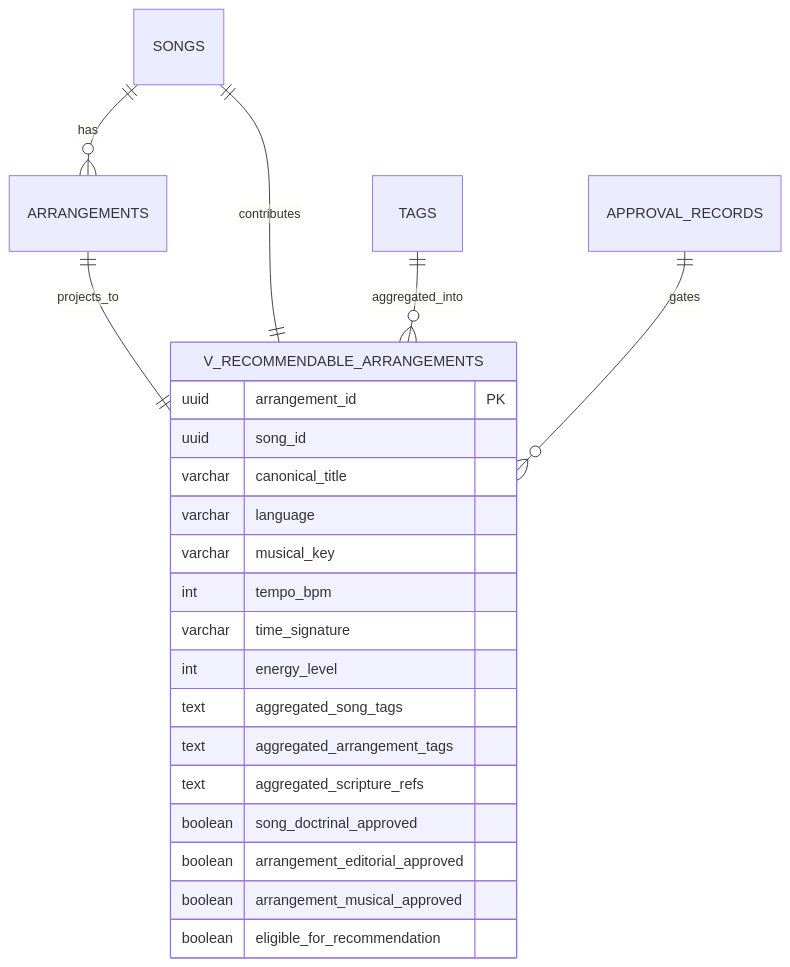
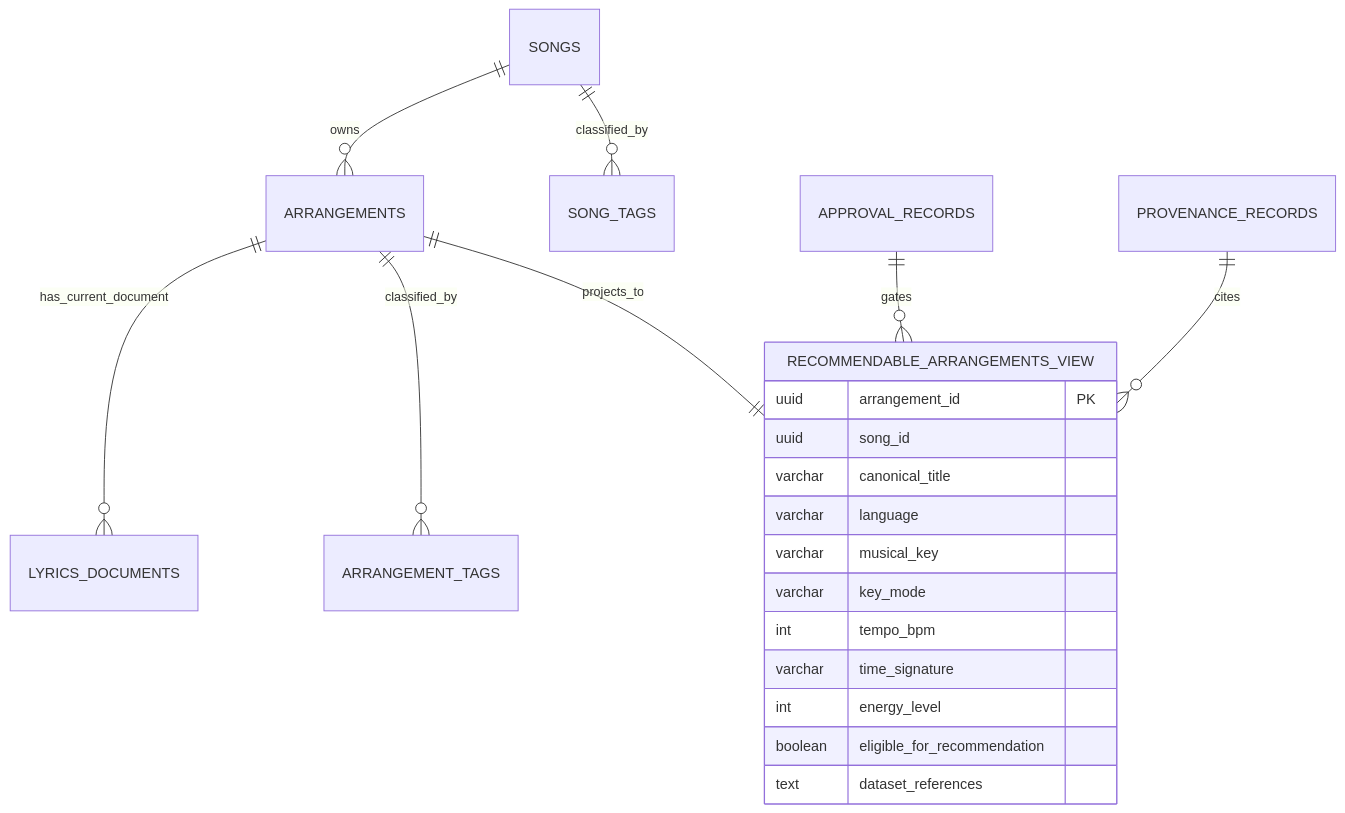
The second of 3 diagrams in docs/diagrams/er-diagrams.md (homeputers/cadentia), drawn with Mermaid before and after one commit. The commit also changed other lines of this file and 2 other files, not shown here.

Commit message:
docs: update adr-001 architecture documentation (#10)

````diff
--- a/docs/diagrams/er-diagrams.md
+++ b/docs/diagrams/er-diagrams.md
@@ -159,26 +161,24 @@
 ```mermaid
 erDiagram
-    SONGS ||--o{ ARRANGEMENTS : has
-    ARRANGEMENTS ||--|| V_RECOMMENDABLE_ARRANGEMENTS : projects_to
-    SONGS ||--|| V_RECOMMENDABLE_ARRANGEMENTS : contributes
-    TAGS ||--o{ V_RECOMMENDABLE_ARRANGEMENTS : aggregated_into
-    APPROVAL_RECORDS ||--o{ V_RECOMMENDABLE_ARRANGEMENTS : gates
+    SONGS ||--o{ ARRANGEMENTS : owns
+    ARRANGEMENTS ||--o{ LYRICS_DOCUMENTS : has_current_document
+    SONGS ||--o{ SONG_TAGS : classified_by
+    ARRANGEMENTS ||--o{ ARRANGEMENT_TAGS : classified_by
+    APPROVAL_RECORDS ||--o{ RECOMMENDABLE_ARRANGEMENTS_VIEW : gates
+    PROVENANCE_RECORDS ||--o{ RECOMMENDABLE_ARRANGEMENTS_VIEW : cites
+    ARRANGEMENTS ||--|| RECOMMENDABLE_ARRANGEMENTS_VIEW : projects_to
 
-    V_RECOMMENDABLE_ARRANGEMENTS {
+    RECOMMENDABLE_ARRANGEMENTS_VIEW {
         uuid arrangement_id PK
         uuid song_id
         varchar canonical_title
         varchar language
         varchar musical_key
+        varchar key_mode
         int tempo_bpm
         varchar time_signature
         int energy_level
-        text aggregated_song_tags
-        text aggregated_arrangement_tags
-        text aggregated_scripture_refs
-        boolean song_doctrinal_approved
-        boolean arrangement_editorial_approved
-        boolean arrangement_musical_approved
         boolean eligible_for_recommendation
+        text dataset_references
     }
 ```
````
